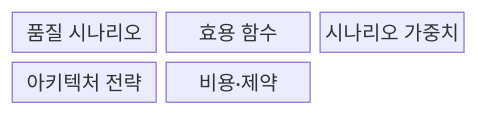
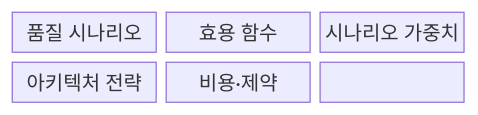
One commit to agnusdei1207/knowledge-base changed the first of 2 diagrams in src/content/docs/notes/03-software/072_cbam.md. Above: the diagram before and after it, drawn with Mermaid. The commit also changed other lines of this file and 20 other files, not shown here.

````diff
--- a/src/content/docs/notes/03-software/072_cbam.md
+++ b/src/content/docs/notes/03-software/072_cbam.md
@@ -56,9 +61,11 @@
 ```mermaid
-block-beta
+block
   columns 3
   Q["품질 시나리오"]
   U["효용 함수"]
   W["시나리오 가중치"]
   A["아키텍처 전략"]
   C["비용·제약"]
+  Q --> U --> A --> C
+  Q --> W --> A
 ```
````
